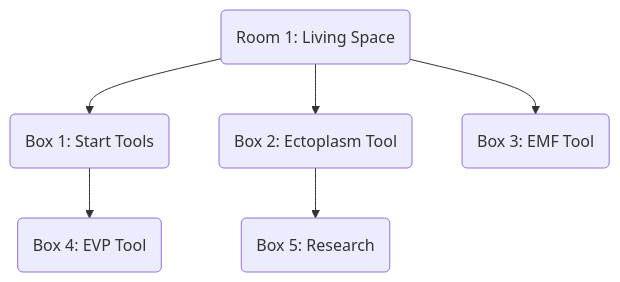
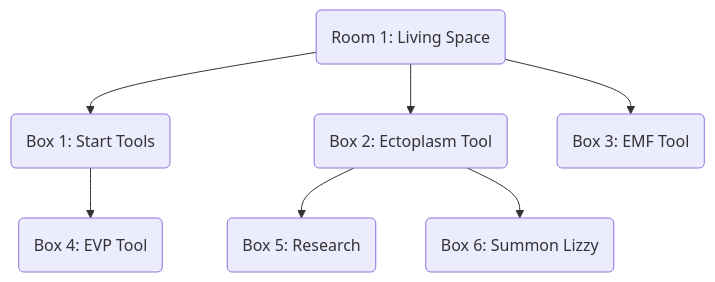
Before and after one commit to open-sesame-escape/open-sesame-escape.github.io: the diagram in content/rooms/ghost-chasers/index.md, drawn with Mermaid. The commit also changed other lines of this file and 4 other files, not shown here.

Commit message:
Add ghostchasers summon lizzy puzzle

```diff
--- a/content/rooms/ghost-chasers/index.md
+++ b/content/rooms/ghost-chasers/index.md
@@ -176,9 +219,10 @@
 {{< mermaid align="center" >}}
 graph TB;
   R1(Room 1: Living Space) --> B1 & B2 & B3
   B1(Box 1: Start Tools) --> B4
-  B2(Box 2: Ectoplasm Tool) --> B5
+  B2(Box 2: Ectoplasm Tool) --> B5 & B6
   B3(Box 3: EMF Tool)
   B4(Box 4: EVP Tool)
   B5(Box 5: Research)
+  B6(Box 6: Summon Lizzy)
 {{< /mermaid >}}
```
